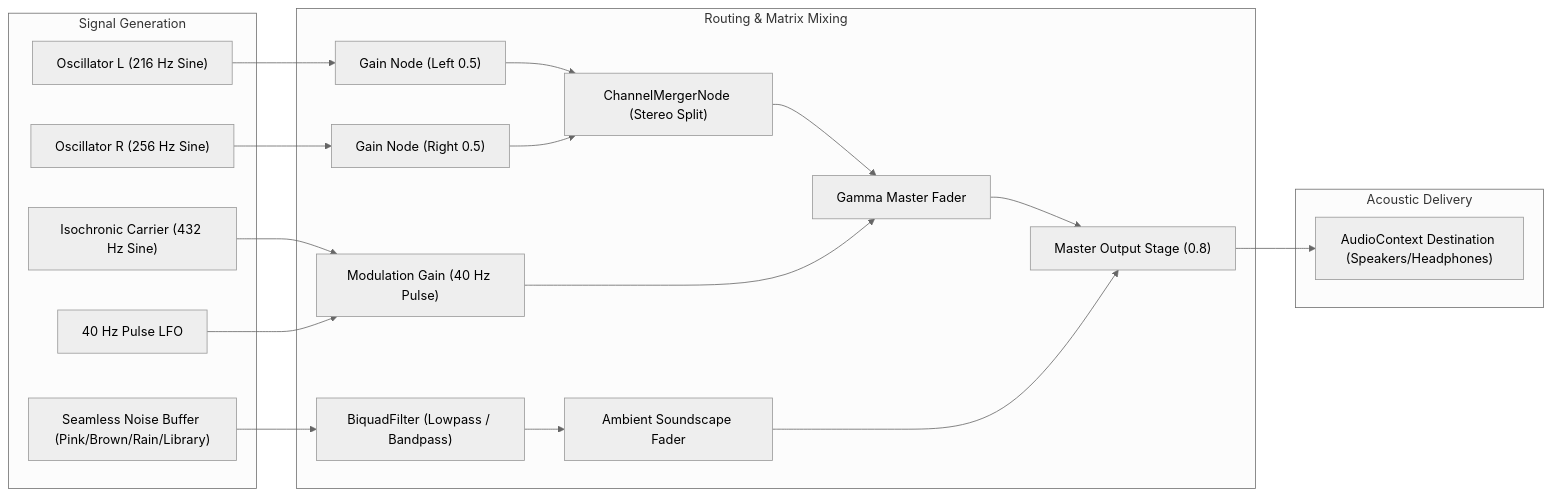
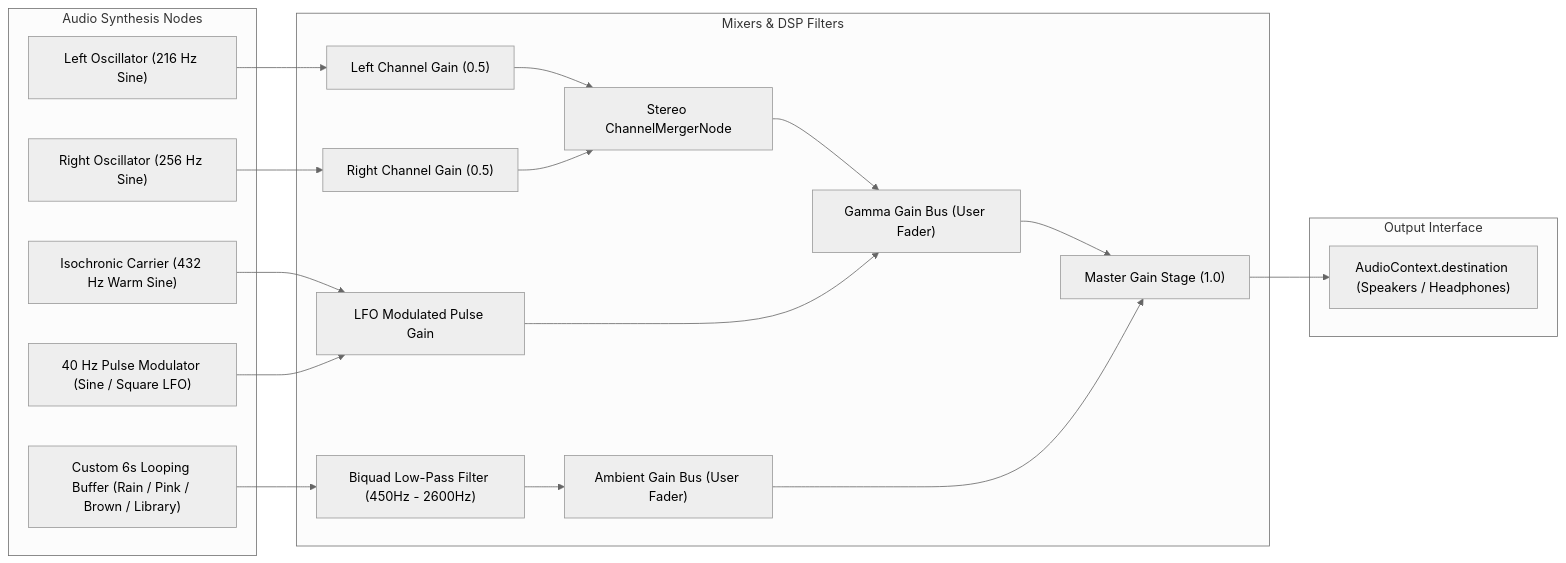
One commit to metalha516/ProcastiNot changed the fourth of 4 diagrams in README.md. Above: the diagram before and after it, drawn with Mermaid (neutral theme). The commit also changed other lines of this file and 23 other files, not shown here.

````diff
--- a/README.md
+++ b/README.md
@@ -131,40 +189,39 @@
 ```mermaid
 graph LR
-    subgraph Signal_Generation["Signal Generation"]
-        OSC_L["Oscillator L (216 Hz Sine)"]
-        OSC_R["Oscillator R (256 Hz Sine)"]
-        ISO_CARRIER["Isochronic Carrier (432 Hz Sine)"]
-        ISO_LFO["40 Hz Pulse LFO"]
-        NOISE_BUF["Seamless Noise Buffer (Pink/Brown/Rain/Library)"]
+    subgraph Wave_Generators["Audio Synthesis Nodes"]
+        OSC_L["Left Oscillator (216 Hz Sine)"]
+        OSC_R["Right Oscillator (256 Hz Sine)"]
+        ISO_CARRIER["Isochronic Carrier (432 Hz Warm Sine)"]
+        ISO_LFO["40 Hz Pulse Modulator (Sine / Square LFO)"]
+        NOISE_BUF["Custom 6s Looping Buffer (Rain / Pink / Brown / Library)"]
     end
 
-    subgraph Modulation_Mixing["Routing & Matrix Mixing"]
-        GAIN_L["Gain Node (Left 0.5)"]
-        GAIN_R["Gain Node (Right 0.5)"]
-        MERGER["ChannelMergerNode (Stereo Split)"]
-        ISO_MOD["Modulation Gain (40 Hz Pulse)"]
-        BIQUAD["BiquadFilter (Lowpass / Bandpass)"]
-        GAMMA_GAIN["Gamma Master Fader"]
-        AMBIENT_GAIN["Ambient Soundscape Fader"]
-        MASTER_GAIN["Master Output Stage (0.8)"]
+    subgraph Signal_Processors["Mixers & DSP Filters"]
+        GAIN_L["Left Channel Gain (0.5)"]
+        GAIN_R["Right Channel Gain (0.5)"]
+        MERGER["Stereo ChannelMergerNode"]
+        PULSE_GAIN["LFO Modulated Pulse Gain"]
+        FILTER["Biquad Low-Pass Filter (450Hz - 2600Hz)"]
+        GAMMA_BUS["Gamma Gain Bus (User Fader)"]
+        AMBIENT_BUS["Ambient Gain Bus (User Fader)"]
+        MASTER["Master Gain Stage (1.0)"]
     end
 
-    subgraph Output["Acoustic Delivery"]
-        DEST["AudioContext Destination (Speakers/Headphones)"]
+    subgraph Hardware_DAC["Output Interface"]
+        DAC["AudioContext.destination (Speakers / Headphones)"]
     end
 
-    %% Audio Connections
     OSC_L --> GAIN_L --> MERGER
     OSC_R --> GAIN_R --> MERGER
-    MERGER --> GAMMA_GAIN
+    MERGER --> GAMMA_BUS
 
-    ISO_CARRIER --> ISO_MOD
-    ISO_LFO --> ISO_MOD
-    ISO_MOD --> GAMMA_GAIN
+    ISO_CARRIER --> PULSE_GAIN
+    ISO_LFO --> PULSE_GAIN
+    PULSE_GAIN --> GAMMA_BUS
 
-    NOISE_BUF --> BIQUAD --> AMBIENT_GAIN
+    NOISE_BUF --> FILTER --> AMBIENT_BUS
 
-    GAMMA_GAIN --> MASTER_GAIN
-    AMBIENT_GAIN --> MASTER_GAIN
-    MASTER_GAIN --> DEST
+    GAMMA_BUS --> MASTER
+    AMBIENT_BUS --> MASTER
+    MASTER --> DAC
 ```
````
